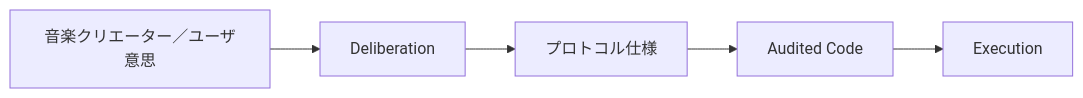
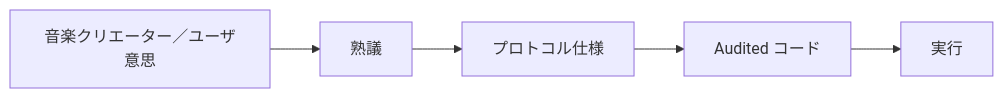
The tenth of 17 diagrams in docs/whitepaper/01-vision.md (ShigeichiroYamasaki/creator-first-platform), drawn with Mermaid before and after one commit. The commit also changed other lines of this file and 72 other files, not shown here.

````diff
--- a/docs/whitepaper/01-vision.md
+++ b/docs/whitepaper/01-vision.md
@@ -268,10 +268,10 @@
 ```mermaid
 flowchart LR
     WILL[音楽クリエーター／ユーザ意思]
-    DELIB[Deliberation]
+    DELIB[熟議]
     SPEC[プロトコル仕様]
-    CODE[Audited Code]
-    EXEC[Execution]
+    CODE[Audited コード]
+    EXEC[実行]
 
     WILL --> DELIB --> SPEC --> CODE --> EXEC
 ```
````
